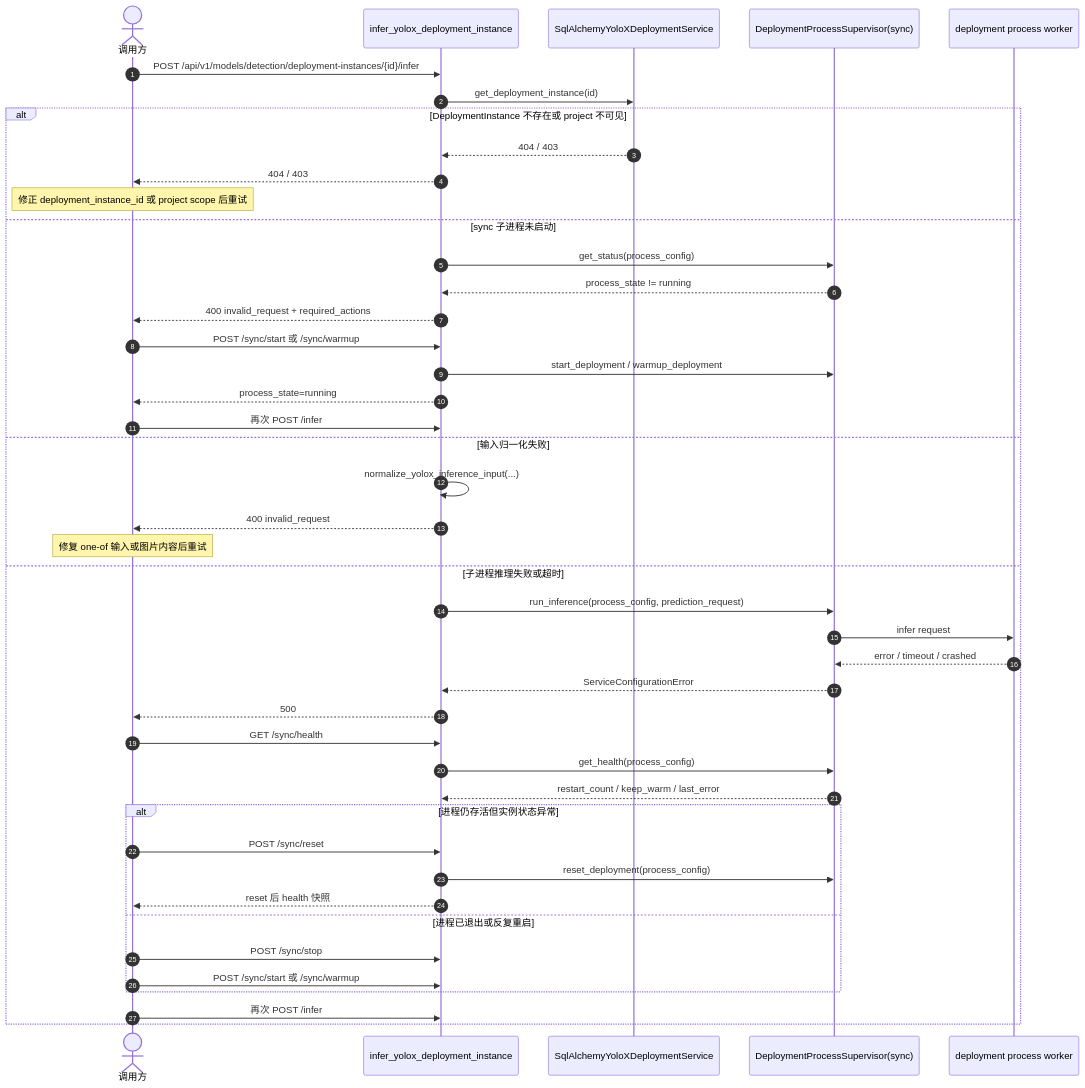
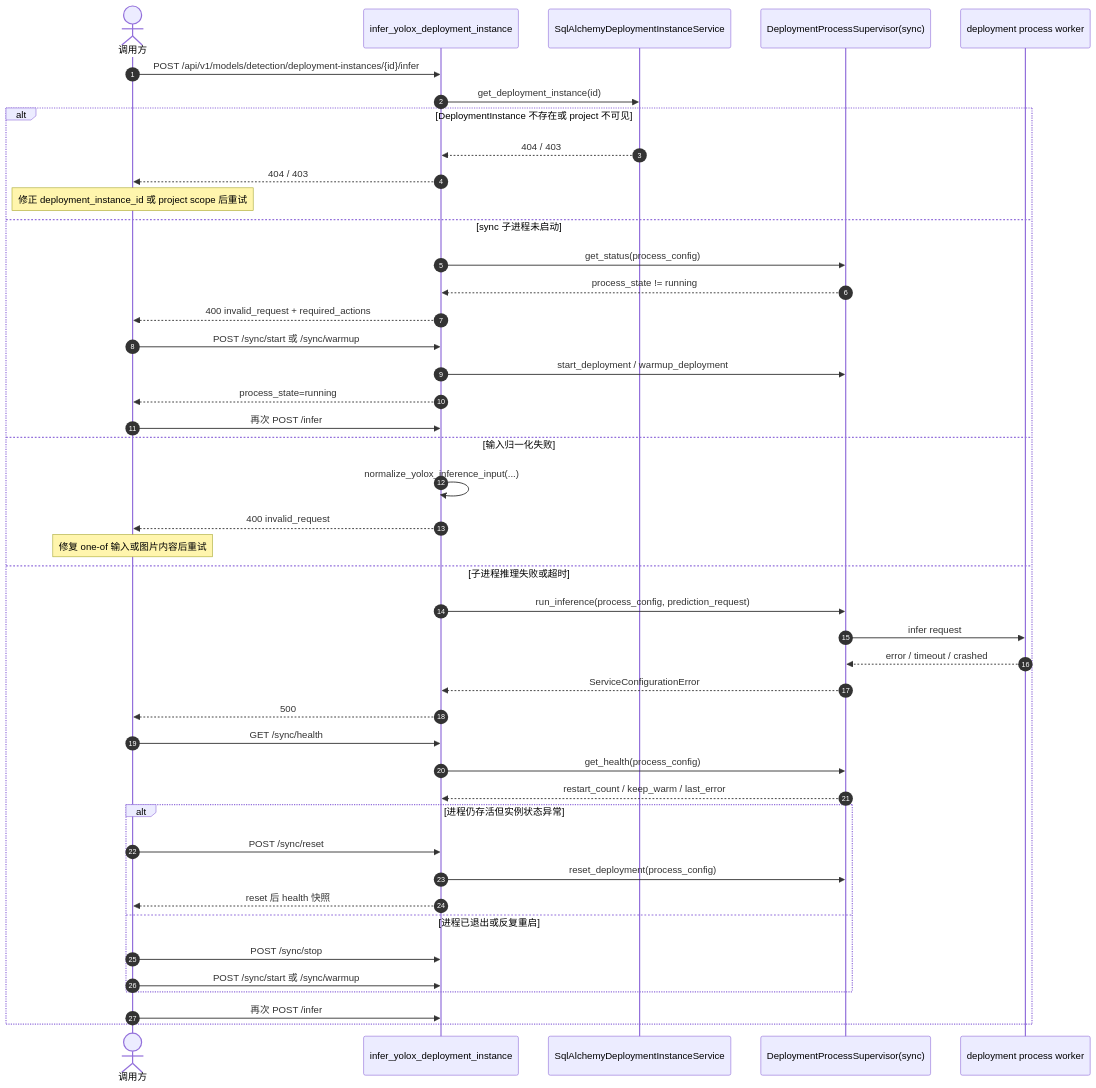
Before and after one commit to ammm56/amvision: the sixth of 8 diagrams in docs/architecture/execution-sequences.md, drawn with Mermaid. The commit also changed other lines of this file and 230 other files, not shown here.

````diff
--- a/docs/architecture/execution-sequences.md
+++ b/docs/architecture/execution-sequences.md
@@ -318,47 +318,47 @@
 ```mermaid
 sequenceDiagram
     autonumber
     actor Client as 调用方
     participant API as infer_yolox_deployment_instance
-    participant DeploySvc as SqlAlchemyYoloXDeploymentService
+    participant DeploySvc as SqlAlchemyDeploymentInstanceService
     participant SyncSup as DeploymentProcessSupervisor(sync)
     participant Child as deployment process worker
 
     Client->>API: POST /api/v1/models/detection/deployment-instances/{id}/infer
     API->>DeploySvc: get_deployment_instance(id)
     alt DeploymentInstance 不存在或 project 不可见
         DeploySvc-->>API: 404 / 403
         API-->>Client: 404 / 403
         Note over Client: 修正 deployment_instance_id 或 project scope 后重试
     else sync 子进程未启动
         API->>SyncSup: get_status(process_config)
         SyncSup-->>API: process_state != running
         API-->>Client: 400 invalid_request + required_actions
         Client->>API: POST /sync/start 或 /sync/warmup
         API->>SyncSup: start_deployment / warmup_deployment
         API-->>Client: process_state=running
         Client->>API: 再次 POST /infer
     else 输入归一化失败
         API->>API: normalize_yolox_inference_input(...)
         API-->>Client: 400 invalid_request
         Note over Client: 修复 one-of 输入或图片内容后重试
     else 子进程推理失败或超时
         API->>SyncSup: run_inference(process_config, prediction_request)
         SyncSup->>Child: infer request
         Child-->>SyncSup: error / timeout / crashed
         SyncSup-->>API: ServiceConfigurationError
         API-->>Client: 500
         Client->>API: GET /sync/health
         API->>SyncSup: get_health(process_config)
         SyncSup-->>API: restart_count / keep_warm / last_error
         alt 进程仍存活但实例状态异常
             Client->>API: POST /sync/reset
             API->>SyncSup: reset_deployment(process_config)
             API-->>Client: reset 后 health 快照
         else 进程已退出或反复重启
             Client->>API: POST /sync/stop
             Client->>API: POST /sync/start 或 /sync/warmup
         end
         Client->>API: 再次 POST /infer
     end
 ```
````
